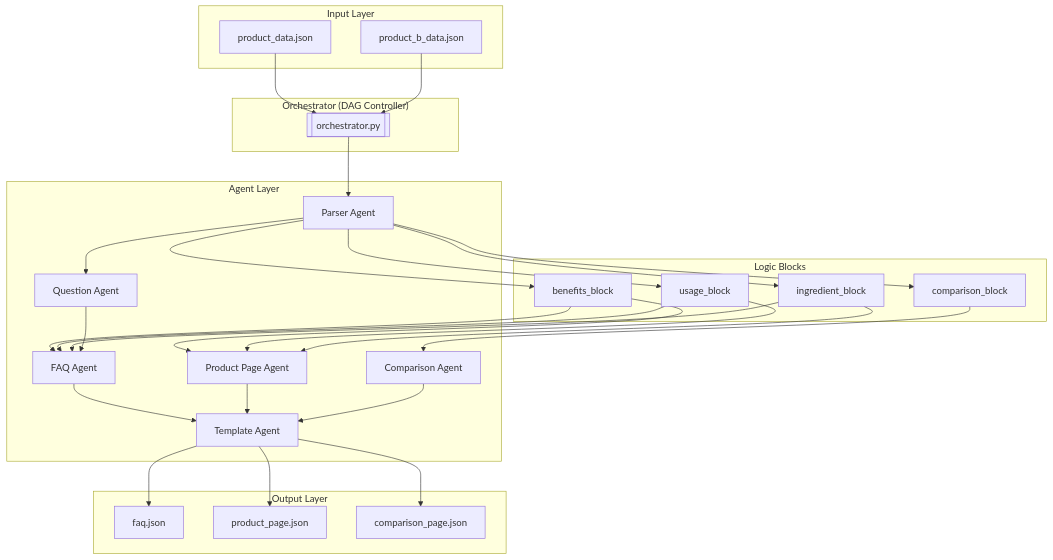
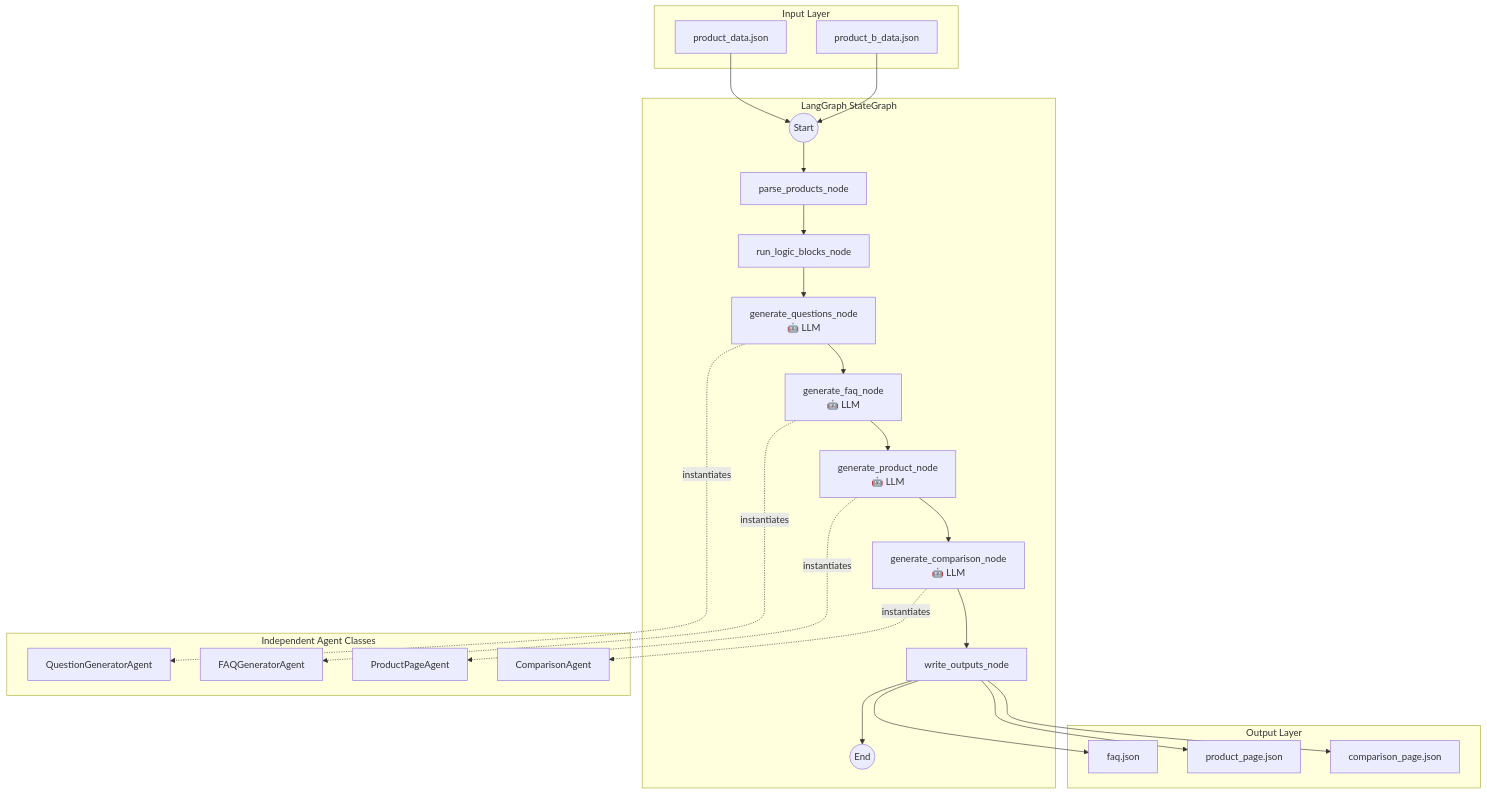
Before and after one commit to Fatal777/kasparro-agentic-saad-ilkal: the first of 2 diagrams in docs/projectdocumentation.md, drawn with Mermaid. The commit also changed other lines of this file and 57 other files, not shown here.

````diff
--- a/docs/projectdocumentation.md
+++ b/docs/projectdocumentation.md
@@ -33,46 +24,39 @@
 ```mermaid
 flowchart TB
     subgraph Input["Input Layer"]
         PD["product_data.json"]
         PDB["product_b_data.json"]
     end
 
-    subgraph Orchestrator["Orchestrator (DAG Controller)"]
-        ORCH[["orchestrator.py"]]
+    subgraph LangGraph["LangGraph StateGraph"]
+        START((Start)) --> PARSE["parse_products_node"]
+        PARSE --> LOGIC["run_logic_blocks_node"]
+        LOGIC --> QUESTIONS["generate_questions_node<br/>🤖 LLM"]
+        QUESTIONS --> FAQ["generate_faq_node<br/>🤖 LLM"]
+        FAQ --> PRODUCT["generate_product_node<br/>🤖 LLM"]
+        PRODUCT --> COMPARE["generate_comparison_node<br/>🤖 LLM"]
+        COMPARE --> WRITE["write_outputs_node"]
+        WRITE --> END((End))
     end
 
-    subgraph Agents["Agent Layer"]
-        PA["Parser Agent"]
-        QA["Question Agent"]
-        FAQA["FAQ Agent"]
-        PPA["Product Page Agent"]
-        CA["Comparison Agent"]
-        TA["Template Agent"]
-    end
-
-    subgraph LogicBlocks["Logic Blocks"]
-        BB["benefits_block"]
-        UB["usage_block"]
-        IB["ingredient_block"]
-        CB["comparison_block"]
+    subgraph Agents["Independent Agent Classes"]
+        QA["QuestionGeneratorAgent"]
+        FA["FAQGeneratorAgent"]
+        PA["ProductPageAgent"]
+        CA["ComparisonAgent"]
     end
 
     subgraph Output["Output Layer"]
         FJ["faq.json"]
         PPJ["product_page.json"]
         CPJ["comparison_page.json"]
     end
 
-    PD --> ORCH
-    PDB --> ORCH
-    ORCH --> PA
-    PA --> BB & UB & IB & CB
-    PA --> QA
-    BB & UB & IB --> FAQA & PPA
-    CB --> CA
-    QA --> FAQA
-    FAQA --> TA
-    PPA --> TA
-    CA --> TA
-    TA --> FJ & PPJ & CPJ
+    PD --> START
+    PDB --> START
+    QUESTIONS -.->|instantiates| QA
+    FAQ -.->|instantiates| FA
+    PRODUCT -.->|instantiates| PA
+    COMPARE -.->|instantiates| CA
+    WRITE --> FJ & PPJ & CPJ
 ```
````
